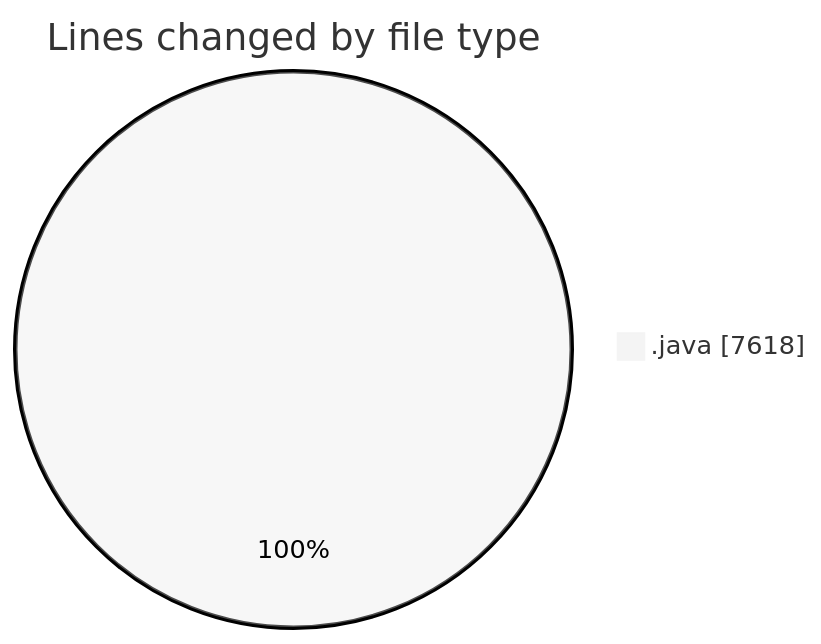
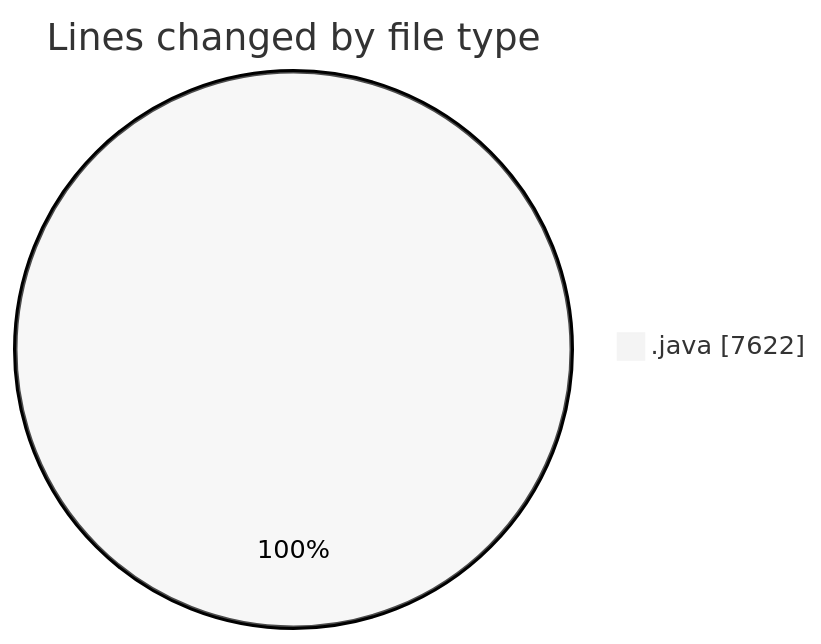
The first of 2 diagrams in 2026-03-27/cilapp/README.md (ricardozamudiocil/code-tracking), drawn with Mermaid (neutral theme) before and after one commit. The commit also changed other lines of this file and 1 other file, not shown here.

````diff
--- a/2026-03-27/cilapp/README.md
+++ b/2026-03-27/cilapp/README.md
@@ -24,5 +24,5 @@
 ```mermaid
 pie showData
 title Lines changed by file type
-".java" : 7618
+".java" : 7622
 ```
````
